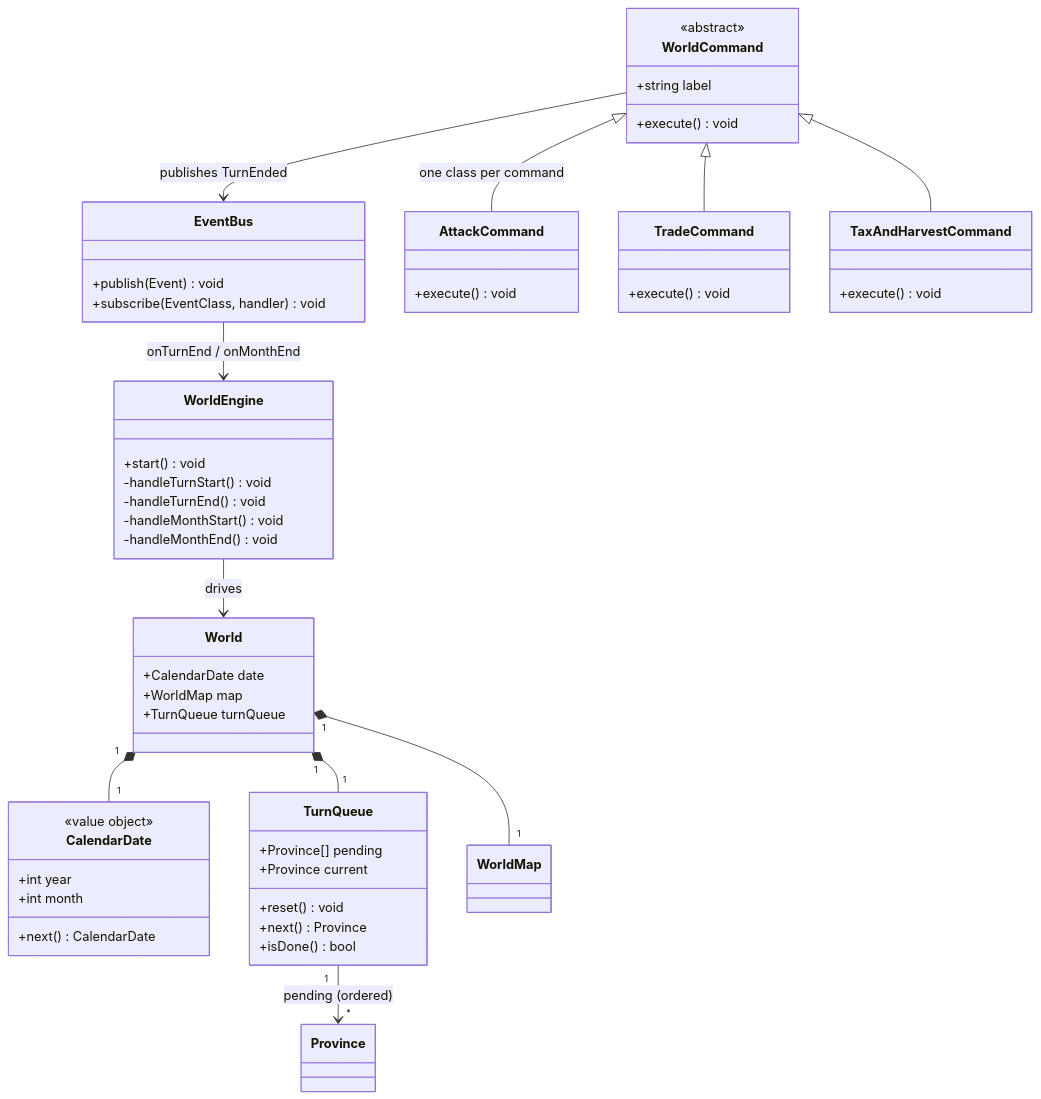
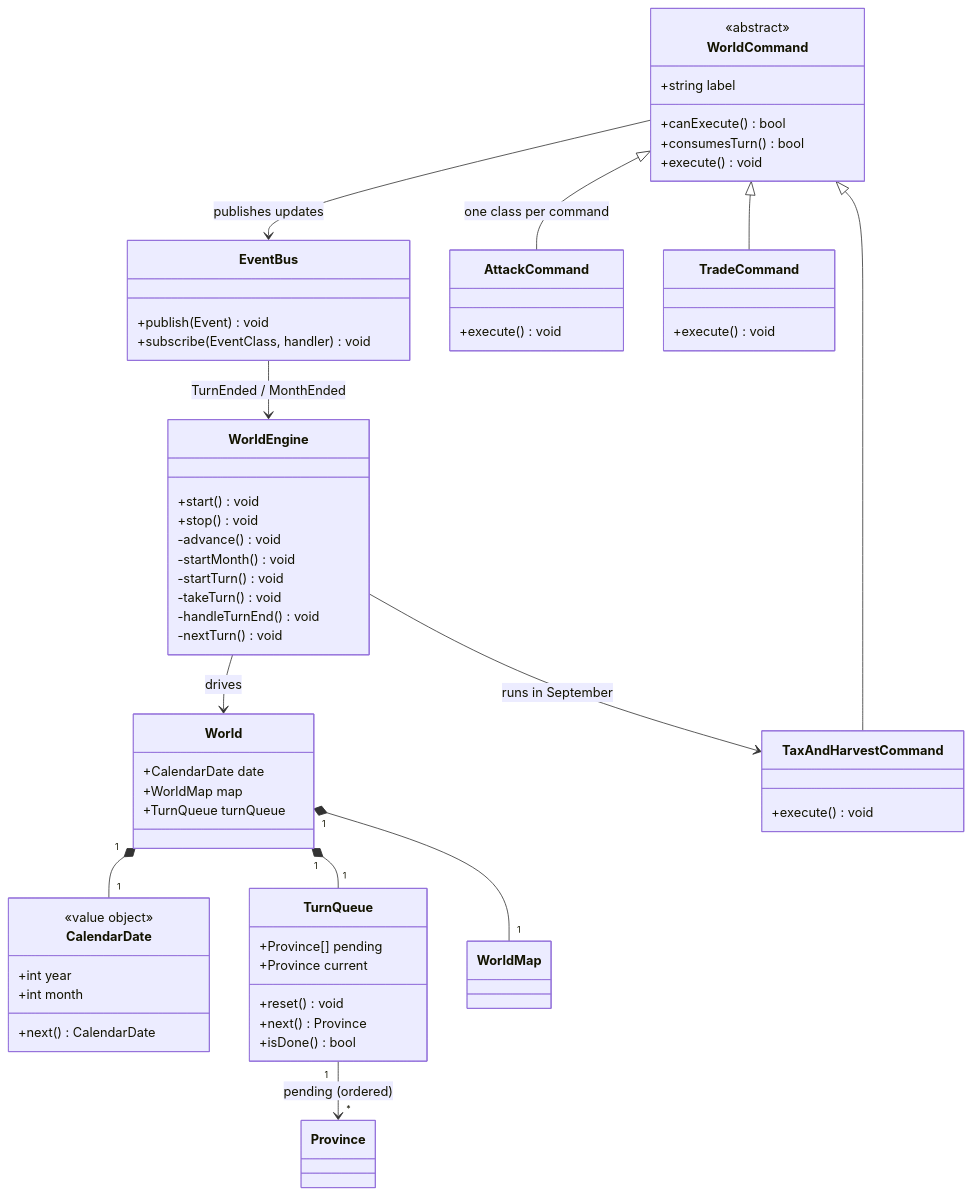
One commit to pslotinsky/kunstkamera changed the second of 3 diagrams in gemstorm/docs/design/02-the-monthly-turn.md. Above: the diagram before and after it, drawn with Mermaid. The commit also changed other lines of this file and 19 other files, not shown here.

````diff
--- a/gemstorm/docs/design/02-the-monthly-turn.md
+++ b/gemstorm/docs/design/02-the-monthly-turn.md
@@ -75,56 +76,62 @@
 ```mermaid
 classDiagram
   class World {
     +CalendarDate date
     +WorldMap map
     +TurnQueue turnQueue
   }
   class WorldEngine {
     +start() void
-    -handleTurnStart() void
+    +stop() void
+    -advance() void
+    -startMonth() void
+    -startTurn() void
+    -takeTurn() void
     -handleTurnEnd() void
-    -handleMonthStart() void
-    -handleMonthEnd() void
+    -nextTurn() void
   }
   class EventBus {
     +publish(Event) void
     +subscribe(EventClass, handler) void
   }
   class CalendarDate {
     <<value object>>
     +int year
     +int month
     +next() CalendarDate
   }
   class TurnQueue {
     +reset() void
     +Province[] pending
     +Province current
     +next() Province
     +isDone() bool
   }
   class WorldCommand {
     <<abstract>>
     +string label
+    +canExecute() bool
+    +consumesTurn() bool
     +execute() void
   }
   class AttackCommand {
     +execute() void
   }
   class TradeCommand {
     +execute() void
   }
   class TaxAndHarvestCommand {
     +execute() void
   }
   WorldEngine --> World : drives
-  WorldCommand --> EventBus : publishes TurnEnded
-  EventBus --> WorldEngine : onTurnEnd / onMonthEnd
+  WorldEngine --> TaxAndHarvestCommand : runs in September
+  WorldCommand --> EventBus : publishes updates
+  EventBus --> WorldEngine : TurnEnded / MonthEnded
   World "1" *-- "1" CalendarDate
   World "1" *-- "1" WorldMap
   World "1" *-- "1" TurnQueue
   TurnQueue "1" --> "*" Province : pending (ordered)
   WorldCommand <|-- AttackCommand : one class per command
   WorldCommand <|-- TradeCommand
   WorldCommand <|-- TaxAndHarvestCommand
 ```
````
